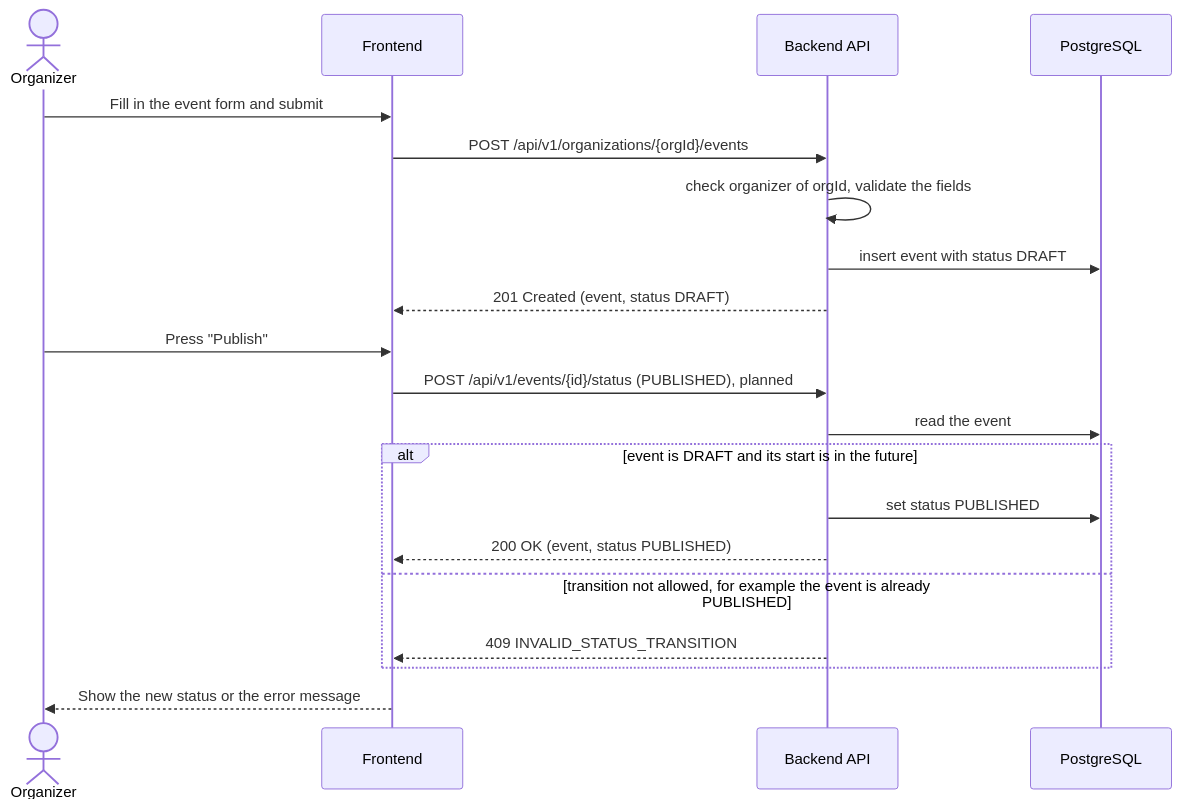
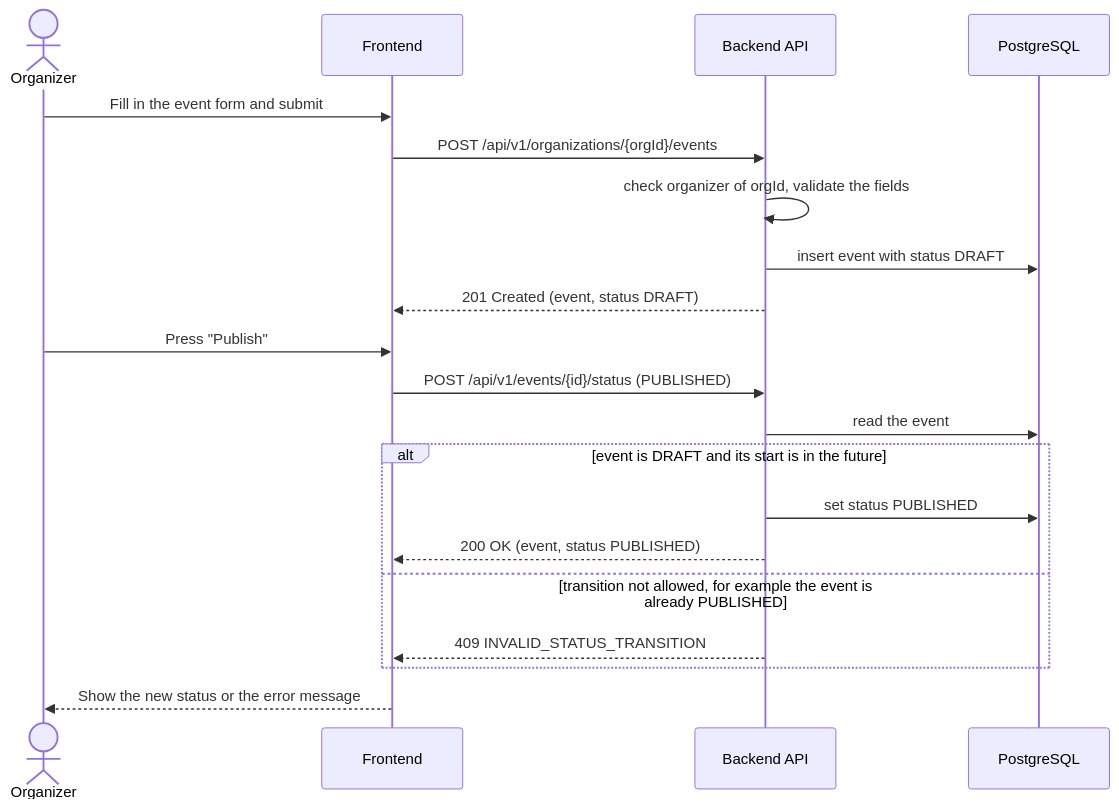
One commit to PatriciuMina/GenAI-Project changed the third of 4 diagrams in docs/midterm/05-workflows.md. Above: the diagram before and after it, drawn with Mermaid. The commit also changed other lines of this file and 1 other file, not shown here.

````diff
--- a/docs/midterm/05-workflows.md
+++ b/docs/midterm/05-workflows.md
@@ -170,22 +176,22 @@
 ```mermaid
 sequenceDiagram
     actor O as Organizer
     participant FE as Frontend
     participant API as Backend API
     participant DB as PostgreSQL
     O->>FE: Fill in the event form and submit
     FE->>API: POST /api/v1/organizations/{orgId}/events
     API->>API: check organizer of orgId, validate the fields
     API->>DB: insert event with status DRAFT
     API-->>FE: 201 Created (event, status DRAFT)
     O->>FE: Press "Publish"
-    FE->>API: POST /api/v1/events/{id}/status (PUBLISHED), planned
+    FE->>API: POST /api/v1/events/{id}/status (PUBLISHED)
     API->>DB: read the event
     alt event is DRAFT and its start is in the future
         API->>DB: set status PUBLISHED
         API-->>FE: 200 OK (event, status PUBLISHED)
     else transition not allowed, for example the event is already PUBLISHED
         API-->>FE: 409 INVALID_STATUS_TRANSITION
     end
     FE-->>O: Show the new status or the error message
 ```
````
